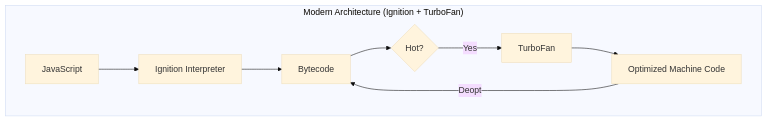
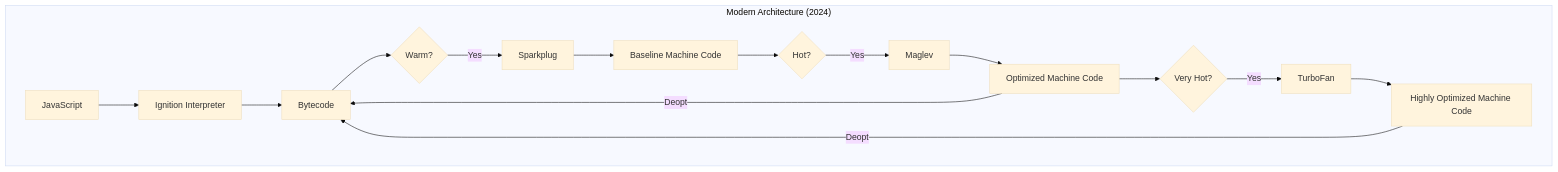
Diagram 14 of 14 in src/content/node-arch/v8-engine-intro.md (ishtms/nodebook), drawn with Mermaid (base theme) before and after one commit. The commit also changed other lines of this file and 6 other files, not shown here.

````diff
--- a/src/content/node-arch/v8-engine-intro.md
+++ b/src/content/node-arch/v8-engine-intro.md
@@ -997,11 +1046,18 @@
 ```mermaid
 graph TD
-  subgraph "Modern Architecture (Ignition + TurboFan)"
+  subgraph "Modern Architecture (2024)"
         New_A[JavaScript] --> New_B[Ignition Interpreter];
         New_B --> New_C[Bytecode];
-        New_C --> New_D{Hot?};
-        New_D -- Yes --> New_E[TurboFan];
-        New_E --> New_F[Optimized Machine Code];
-        New_F -- Deopt --> New_C;
+        New_C --> New_D{Warm?};
+        New_D -- Yes --> New_E[Sparkplug];
+        New_E --> New_F[Baseline Machine Code];
+        New_F --> New_G{Hot?};
+        New_G -- Yes --> New_H[Maglev];
+        New_H --> New_I[Optimized Machine Code];
+        New_I --> New_J{Very Hot?};
+        New_J -- Yes --> New_K[TurboFan];
+        New_K --> New_L[Highly Optimized Machine Code];
+        New_L -- Deopt --> New_C;
+        New_I -- Deopt --> New_C;
     end
 ```
````
